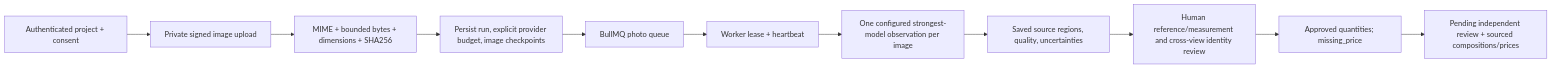
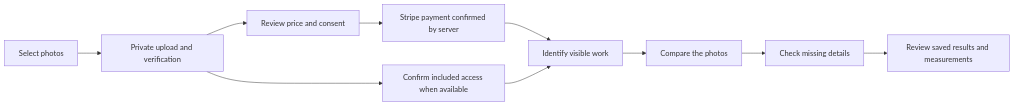
The diagram in docs/photo-takeoff-review.md (kauanszpaiva/RoughBid), drawn with Mermaid before and after one commit. The commit also changed other lines of this file and 81 other files, not shown here.

Commit message:
feat: persist paid PDF and photo provider operations

````diff
--- a/docs/photo-takeoff-review.md
+++ b/docs/photo-takeoff-review.md
@@ -9,13 +21,12 @@
 ```mermaid
 flowchart LR
-  A[Authenticated project + consent] --> B[Private signed image upload]
-  B --> C[MIME + bounded bytes + dimensions + SHA256]
-  C --> D[Persist run, explicit provider budget, image checkpoints]
-  D --> E[BullMQ photo queue]
-  E --> F[Worker lease + heartbeat]
-  F --> G[One configured strongest-model observation per image]
-  G --> H[Saved source regions, quality, uncertainties]
-  H --> I[Human reference/measurement and cross-view identity review]
-  I --> J[Approved quantities; missing_price]
-  J --> K[Pending independent review + sourced compositions/prices]
+  A[Select photos] --> B[Private upload and verification]
+  B --> C[Review price and consent]
+  C --> D[Stripe payment confirmed by server]
+  B --> E[Confirm included access when available]
+  D --> F[Identify visible work]
+  E --> F
+  F --> G[Compare the photos]
+  G --> H[Check missing details]
+  H --> I[Review saved results and measurements]
 ```
````
